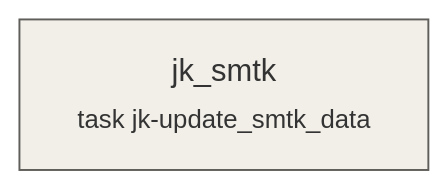
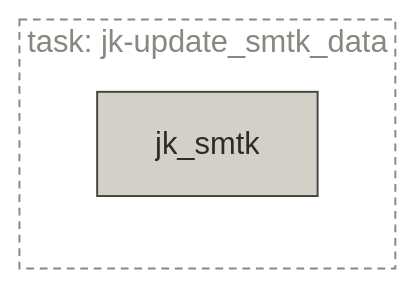
The diagram in docs/pipelines/task-jk-update_smtk_data.md (majazaloznik/umar-automation-scripts), drawn with Mermaid before and after one commit. The commit also changed 31 other files, not shown here.

Commit message:
Update mermaid plots in pipelines

````diff
--- a/docs/pipelines/task-jk-update_smtk_data.md
+++ b/docs/pipelines/task-jk-update_smtk_data.md
@@ -21,8 +21,12 @@
 ```mermaid
 flowchart LR
-  jk_smtk["jk_smtk<br/><small>task jk-update_smtk_data</small>"]:::step
-  classDef source fill:#FAECE7,stroke:#993C1D
-  classDef step fill:#F1EFE8,stroke:#5F5E5A
-  classDef store fill:#E1F5EE,stroke:#0F6E56
-  classDef output fill:#EEEDFE,stroke:#534AB7
+  
+  subgraph task_jk_update_smtk_data["task: jk-update_smtk_data"]
+    jk_smtk["jk_smtk"]:::step
+  end
+  style task_jk_update_smtk_data fill:none,stroke:#888780,stroke-dasharray:4 3,color:#888780
+  classDef source fill:#F0997B,stroke:#712B13,color:#4A1B0C,stroke-width:1px
+  classDef step fill:#D3D1C7,stroke:#444441,color:#2C2C2A,stroke-width:1px
+  classDef store fill:#5DCAA5,stroke:#085041,color:#04342C,stroke-width:1px
+  classDef output fill:#AFA9EC,stroke:#3C3489,color:#26215C,stroke-width:1px
 ```
````
